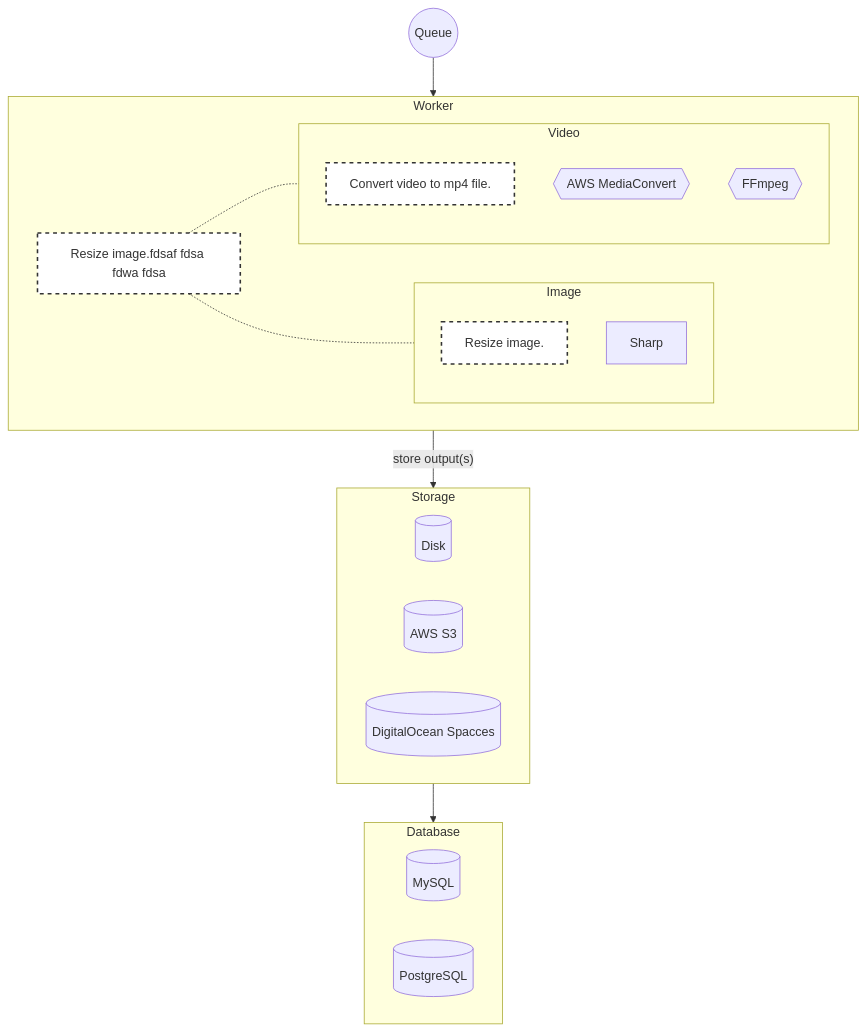
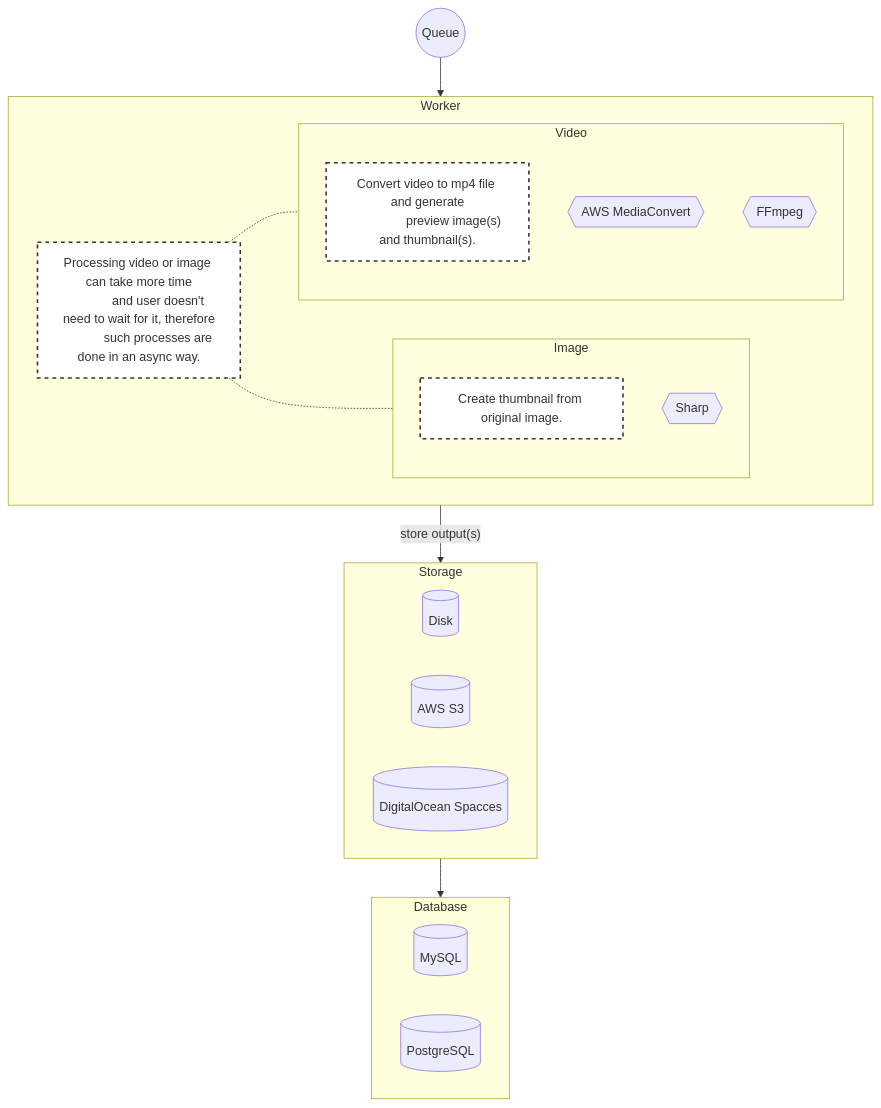
One commit to juffalow/zdielaj-si changed the second of 2 diagrams in upload/README.md. Above: the diagram before and after it, drawn with Mermaid. The commit also changed other lines of this file, not shown here.

Commit message:
Update upload readme

````diff
--- a/upload/README.md
+++ b/upload/README.md
@@ -41,38 +41,41 @@
 ```mermaid
 flowchart TD
     Q((Queue)) --> W
     subgraph W["Worker"]
         N1["
-            Resize image.fdsaf fdsa fdwa fdsa
+            Processing video or image can take more time
+            and user doesn't need to wait for it, therefore
+            such processes are done in an async way.
         "]
         style N1 fill:#fff,stroke:#333,stroke-width:2px,stroke-dasharray: 5 5
         N1 -.- I
         N1 -.- V
         subgraph I["Image"]
             N2["
-                Resize image.
+                Create thumbnail from original image.
             "]
-            Sharp
+            Sharp{{Sharp}}
             style N2 fill:#fff,stroke:#333,stroke-width:2px,stroke-dasharray: 5 5
         end
         subgraph V["Video"]
             N3["
-                Convert video to mp4 file.
+                Convert video to mp4 file and generate
+                preview image(s) and thumbnail(s).
             "]
             MC{{AWS MediaConvert}}
             FF{{FFmpeg}}
             style N3 fill:#fff,stroke:#333,stroke-width:2px,stroke-dasharray: 5 5
         end
     end
     subgraph S["Storage"]
         Disk[(Disk)]
         S3[(AWS S3)]
         Spaces[(DigitalOcean Spacces)]
     end
     W -->|"store output(s)"| S
     subgraph DB["Database"]
         MySQL[(MySQL)]
         PostgreSQL[(PostgreSQL)]
     end
     S --> DB
 ```
````
